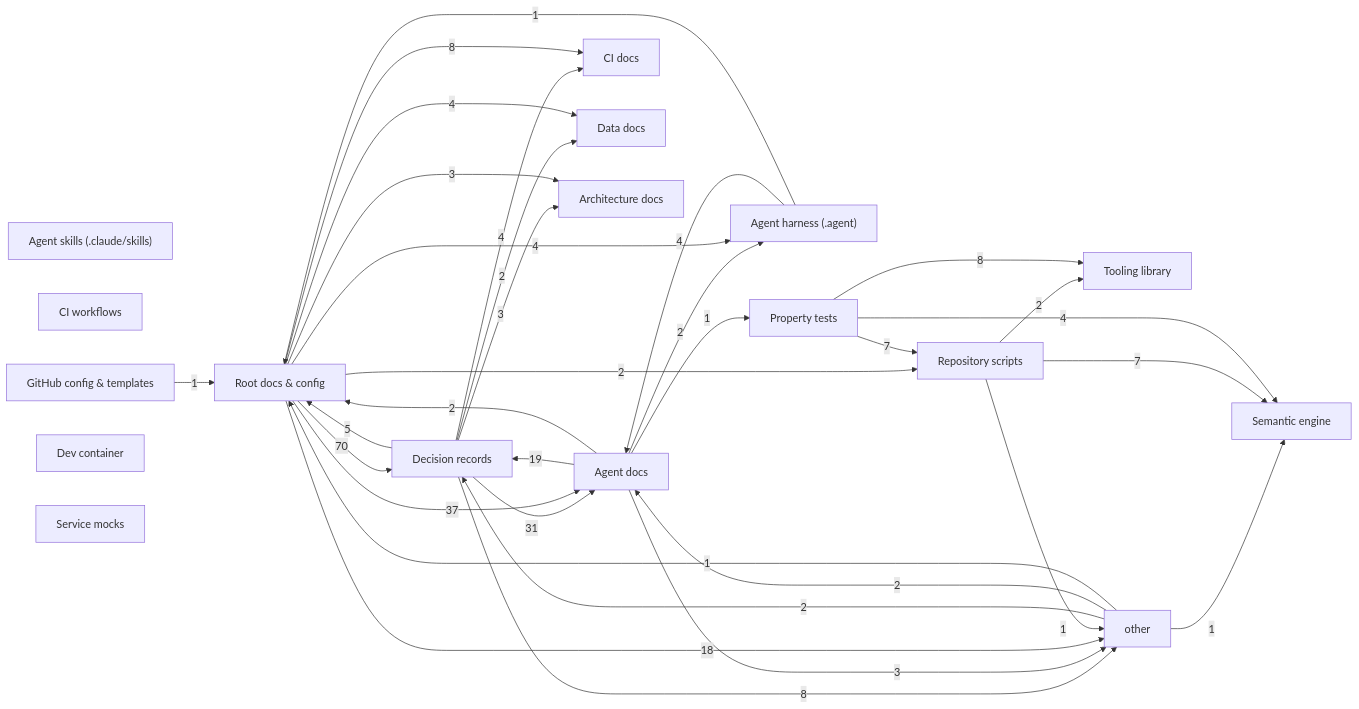
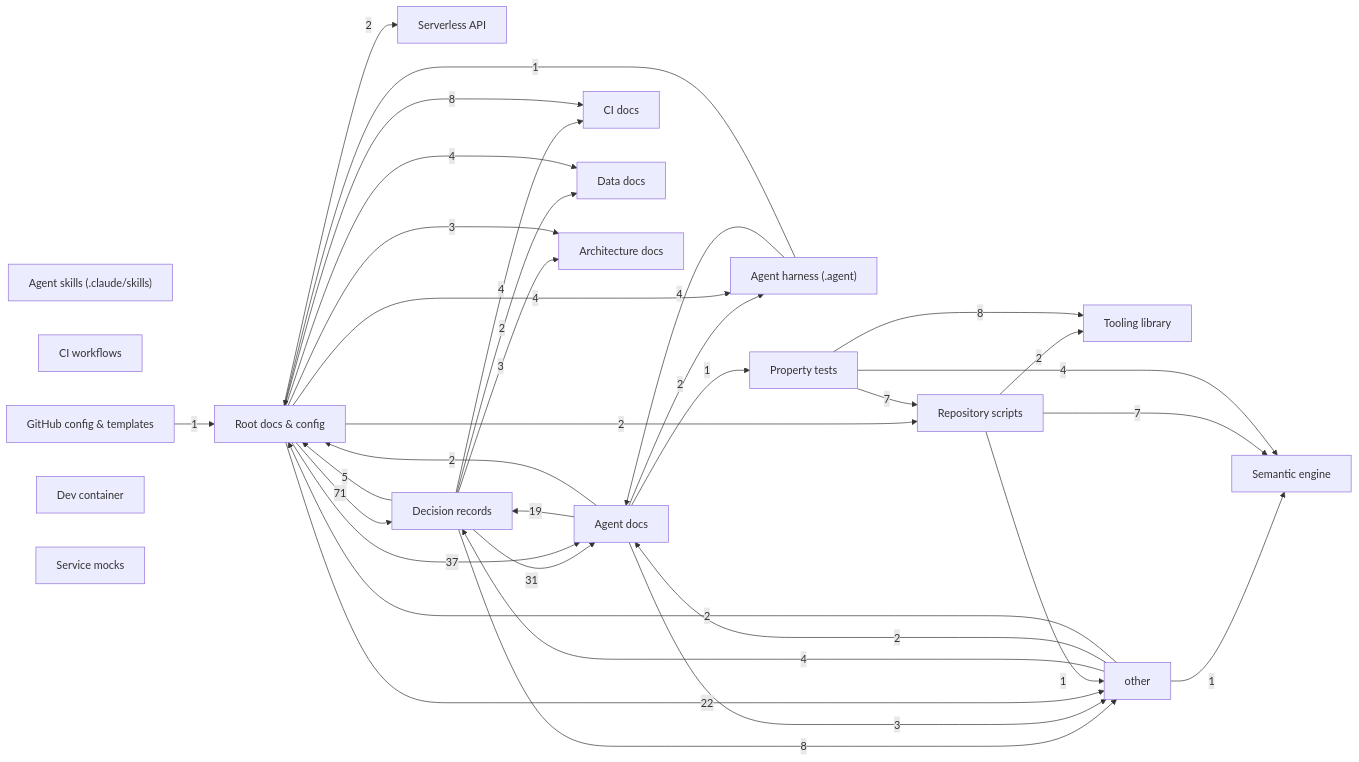
The diagram in docs/architecture/graph.md (sayedelazameydesign-crypto/ui), drawn with Mermaid before and after one commit. The commit also changed other lines of this file and 20 other files, not shown here.

Commit message:
feat(builder): add consent-based Gemini planning flow

````diff
--- a/docs/architecture/graph.md
+++ b/docs/architecture/graph.md
@@ -11,51 +11,53 @@
 ```mermaid
 graph LR
   root["Root docs & config"]
+  api["Serverless API"]
   agent_harness["Agent harness (.agent)"]
   skills["Agent skills (.claude/skills)"]
   workflows["CI workflows"]
   github_config["GitHub config & templates"]
   sandbox["Dev container"]
   adr["Decision records"]
   docs_agents["Agent docs"]
   docs_ci["CI docs"]
   docs_data["Data docs"]
   docs_arch["Architecture docs"]
   semantic["Semantic engine"]
   tooling_lib["Tooling library"]
   scripts["Repository scripts"]
   tests["Property tests"]
   mocks["Service mocks"]
   adr -->|31| docs_agents
   adr -->|3| docs_arch
   adr -->|4| docs_ci
   adr -->|2| docs_data
   adr -->|8| other
   adr -->|5| root
   agent_harness -->|4| docs_agents
   agent_harness -->|1| root
   docs_agents -->|19| adr
   docs_agents -->|2| agent_harness
   docs_agents -->|3| other
   docs_agents -->|2| root
   docs_agents -->|1| tests
   github_config -->|1| root
-  other -->|2| adr
+  other -->|4| adr
   other -->|2| docs_agents
-  other -->|1| root
+  other -->|2| root
   other -->|1| semantic
-  root -->|70| adr
+  root -->|71| adr
   root -->|4| agent_harness
+  root -->|2| api
   root -->|37| docs_agents
   root -->|3| docs_arch
   root -->|8| docs_ci
   root -->|4| docs_data
-  root -->|18| other
+  root -->|22| other
   root -->|2| scripts
   scripts -->|1| other
   scripts -->|7| semantic
   scripts -->|2| tooling_lib
   tests -->|7| scripts
   tests -->|4| semantic
   tests -->|8| tooling_lib
 ```
````
